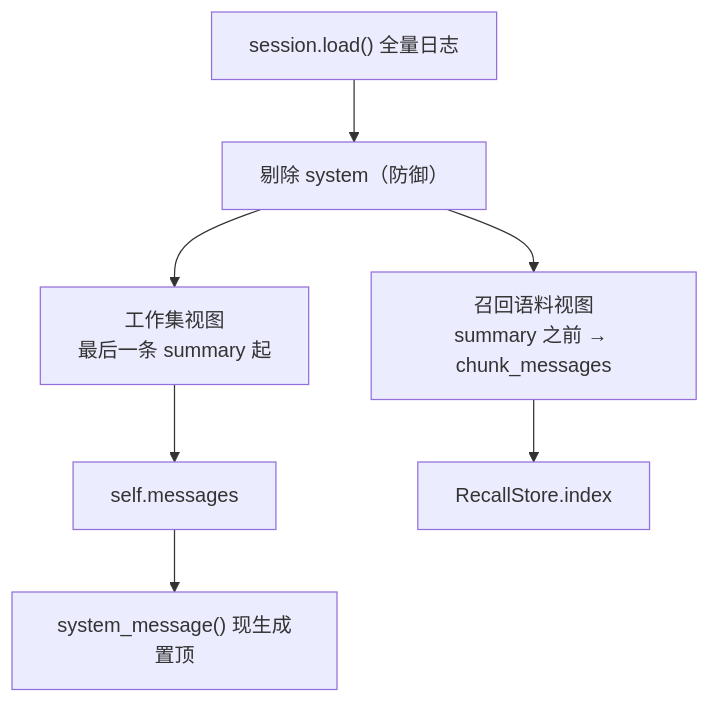
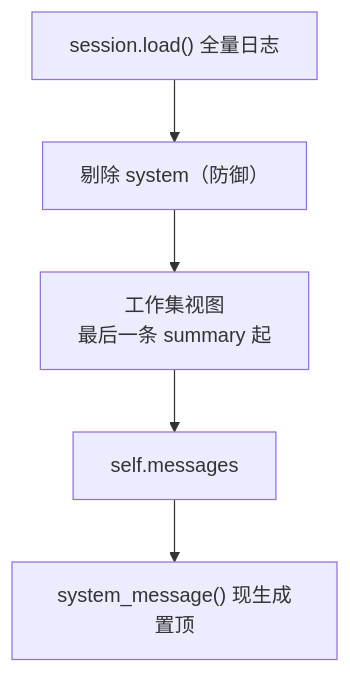
One commit to Seann0824/Shirley changed the third of 3 diagrams in docs/session.md. Above: the diagram before and after it, drawn with Mermaid. The commit also changed other lines of this file and 26 other files, not shown here.

````diff
--- a/docs/session.md
+++ b/docs/session.md
@@ -223,9 +191,7 @@
 ```mermaid
 graph TD
     L["session.load() 全量日志"] --> SYS["剔除 system（防御）"]
     SYS --> WS["工作集视图<br/>最后一条 summary 起"]
-    SYS --> RC["召回语料视图<br/>summary 之前 → chunk_messages"]
     WS --> MSG["self.messages"]
-    RC --> IDX["RecallStore.index"]
     MSG --> SYSG["system_message() 现生成置顶"]
 ```
````
